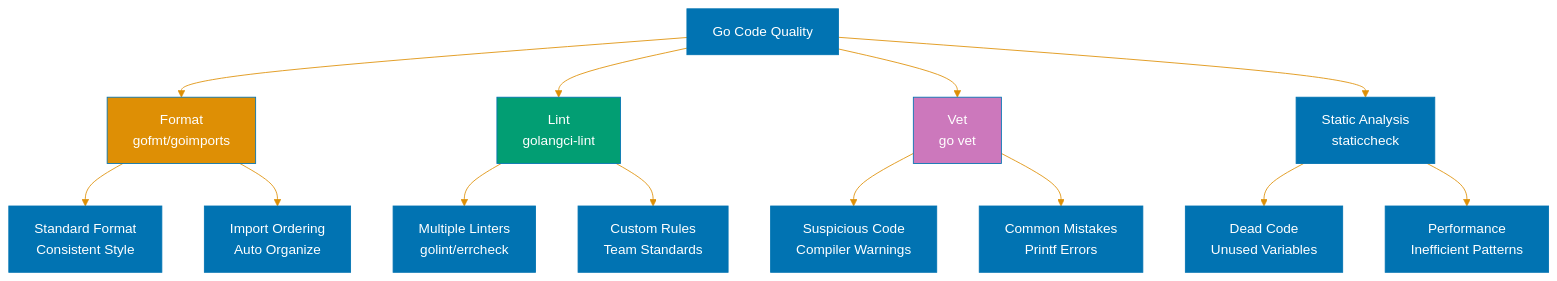
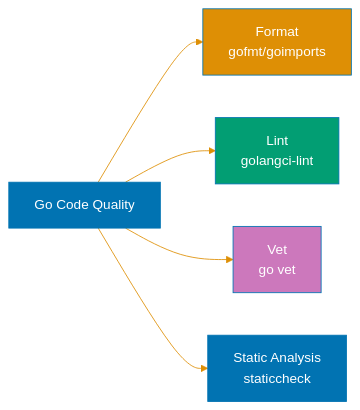
One commit to wahidyankf/open-sharia-enterprise changed the fourth of 7 diagrams in docs/explanation/software-engineering/programming-languages/golang/code-quality-standards.md. Above: the diagram before and after it, drawn with Mermaid. The commit also changed other lines of this file and 11 other files, not shown here.

First line of the commit message:
fix(docs): fix mermaid violations in golang docs

````diff
--- a/docs/explanation/software-engineering/programming-languages/golang/code-quality-standards.md
+++ b/docs/explanation/software-engineering/programming-languages/golang/code-quality-standards.md
@@ -1387,26 +1385,14 @@
 ```mermaid
 %%{init: {'theme':'base', 'themeVariables': { 'primaryColor':'#0173B2','primaryTextColor':'#fff','primaryBorderColor':'#0173B2','lineColor':'#DE8F05','secondaryColor':'#029E73','tertiaryColor':'#CC78BC','fontSize':'16px'}}}%%
-flowchart TD
+flowchart LR
     A[Go Code Quality] --> B[Format<br/>gofmt/goimports]
     A --> C[Lint<br/>golangci-lint]
     A --> D[Vet<br/>go vet]
     A --> E[Static Analysis<br/>staticcheck]
-
-    B --> B1[Standard Format<br/>Consistent Style]
-    B --> B2[Import Ordering<br/>Auto Organize]
-
-    C --> C1[Multiple Linters<br/>golint/errcheck]
-    C --> C2[Custom Rules<br/>Team Standards]
-
-    D --> D1[Suspicious Code<br/>Compiler Warnings]
-    D --> D2[Common Mistakes<br/>Printf Errors]
-
-    E --> E1[Dead Code<br/>Unused Variables]
-    E --> E2[Performance<br/>Inefficient Patterns]
 
     style A fill:#0173B2,color:#fff
     style B fill:#DE8F05,color:#fff
     style C fill:#029E73,color:#fff
     style D fill:#CC78BC,color:#fff
     style E fill:#0173B2,color:#fff
 ```
````
